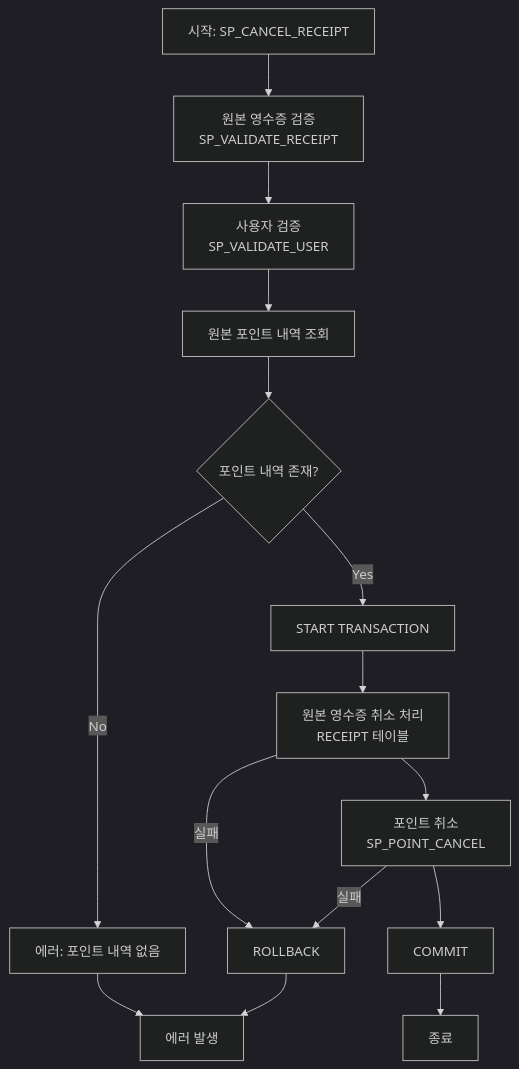
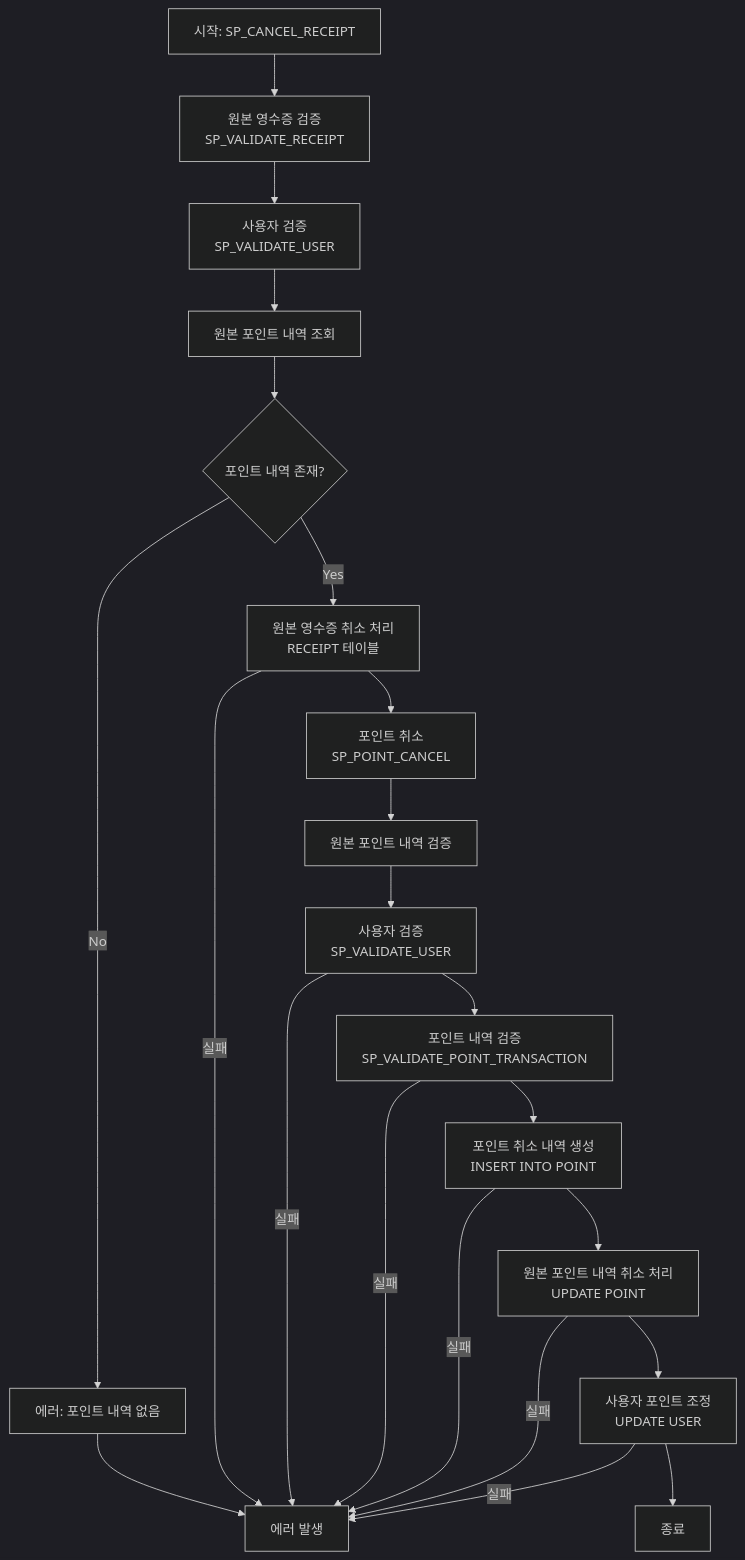
Before and after one commit to DBDIBABIDIBU/be15-1st-DBDIBABDBU-mobile_receipt: the diagram in src/mobile-receipt/receipt/diagram_cancel_receipt.md, drawn with Mermaid (dark theme). The commit also changed 6 other files, not shown here.

Commit message:
hotfix:다이어그램 오류 수정, readme에 레플리케이션 서버 테스트 적용

````diff
--- a/src/mobile-receipt/receipt/diagram_cancel_receipt.md
+++ b/src/mobile-receipt/receipt/diagram_cancel_receipt.md
@@ -1,21 +1,29 @@
 ```mermaid
 flowchart TD
     A[시작: SP_CANCEL_RECEIPT] --> B[원본 영수증 검증<br/>SP_VALIDATE_RECEIPT]
     B --> C[사용자 검증<br/>SP_VALIDATE_USER]
 
     C --> D[원본 포인트 내역 조회]
     D --> E{포인트 내역 존재?}
     E -->|No| F[에러: 포인트 내역 없음]
-    E -->|Yes| G[START TRANSACTION]
+    E -->|Yes| G[원본 영수증 취소 처리<br/>RECEIPT 테이블]
 
-    G --> H[원본 영수증 취소 처리<br/>RECEIPT 테이블]
-    H --> I[포인트 취소<br/>SP_POINT_CANCEL]
-    I --> J[COMMIT]
-    J --> K[종료]
+    G --> H[포인트 취소<br/>SP_POINT_CANCEL]
+    H --> I[원본 포인트 내역 검증]
+    I --> I1[사용자 검증<br/>SP_VALIDATE_USER]
+    I1 --> I2[포인트 내역 검증<br/>SP_VALIDATE_POINT_TRANSACTION]
+    I2 --> J[포인트 취소 내역 생성<br/>INSERT INTO POINT]
+    J --> K[원본 포인트 내역 취소 처리<br/>UPDATE POINT]
+    K --> L[사용자 포인트 조정<br/>UPDATE USER]
+
+    L --> M[종료]
 
     %% 에러 처리
-    F --> L[에러 발생]
-    H -->|실패| M[ROLLBACK]
-    I -->|실패| M
-    M --> L
+    F --> N[에러 발생]
+    G -->|실패| N
+    I1 -->|실패| N
+    I2 -->|실패| N
+    J -->|실패| N
+    K -->|실패| N
+    L -->|실패| N
 ```
````
